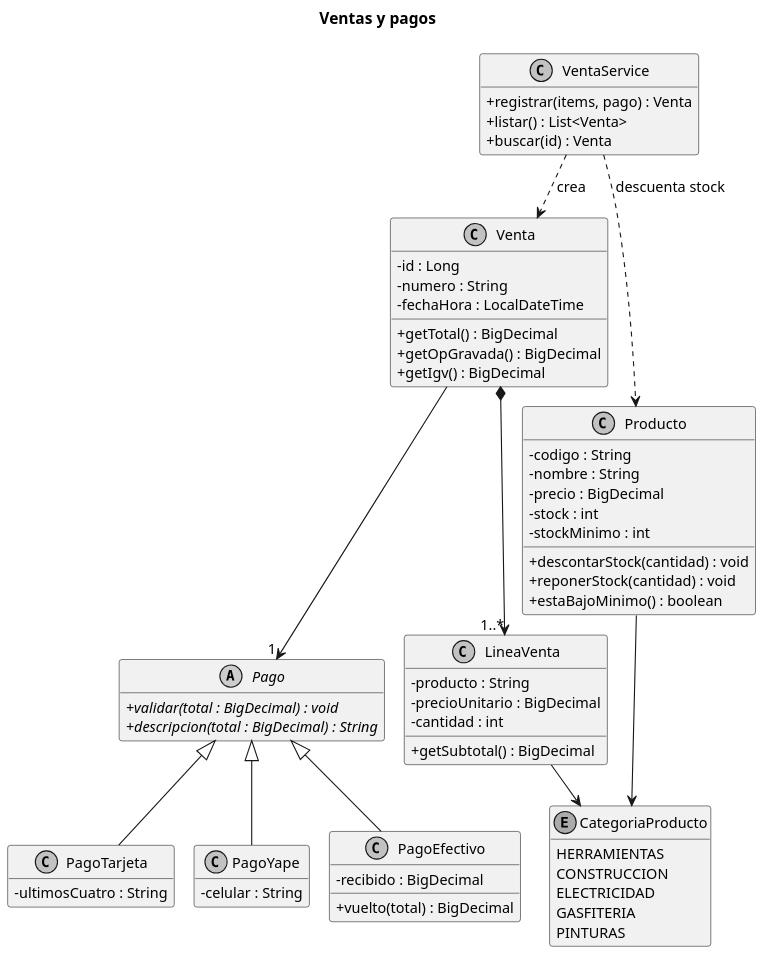
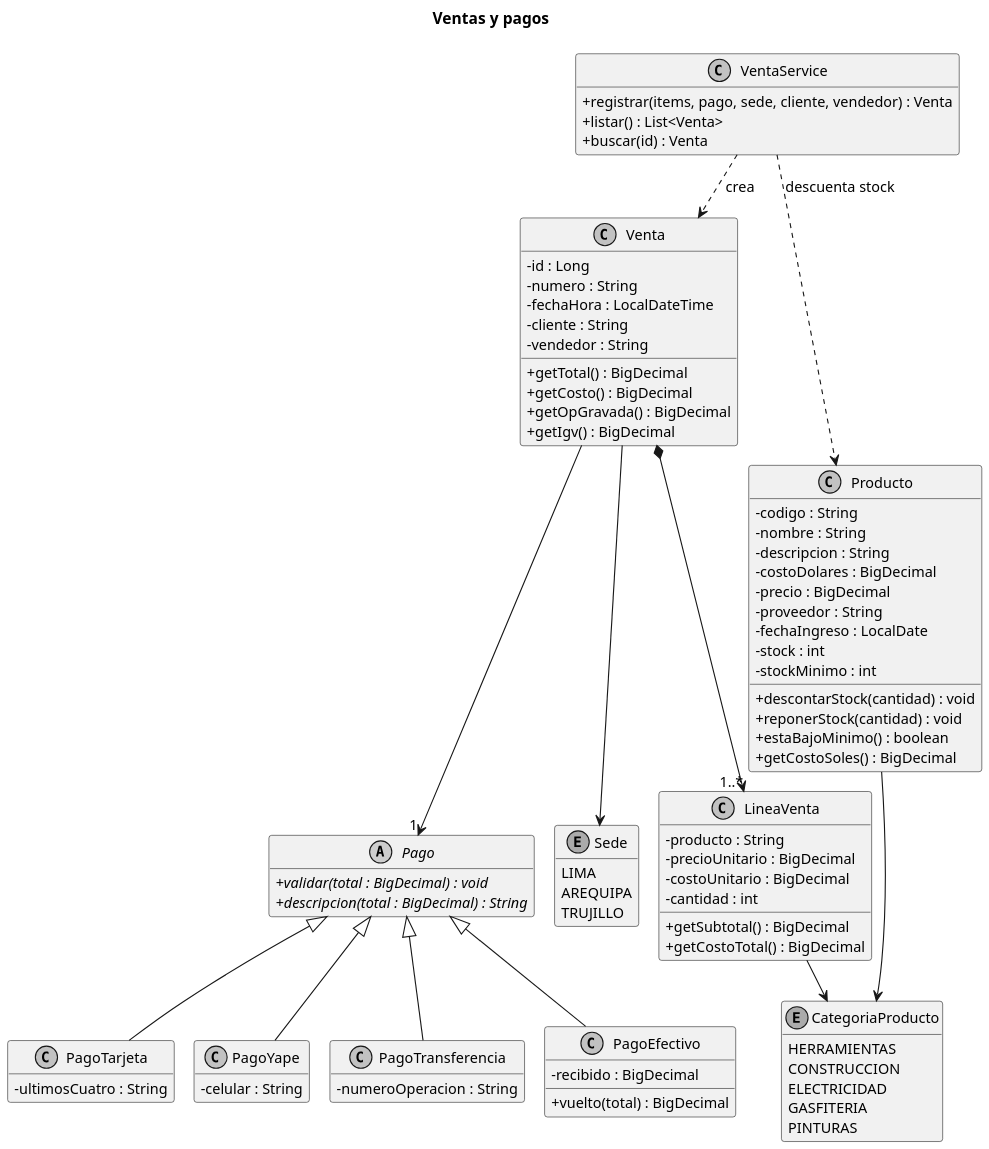
The diagram in docs/uml/8-ventas-y-pagos.puml (oropezadev-wq/ferreteria-ventas), drawn with PlantUML before and after one commit. The commit also changed 62 other files, not shown here.

First line of the commit message:
feat(ventas): agrega sedes, cliente, vendedor, transferencia y conversión de dólares a soles

```diff
--- a/docs/uml/8-ventas-y-pagos.puml
+++ b/docs/uml/8-ventas-y-pagos.puml
@@ -1,71 +1,91 @@
 @startuml
 !pragma layout smetana
 skinparam classAttributeIconSize 0
 skinparam dpi 150
 skinparam shadowing false
 skinparam monochrome true
 skinparam defaultFontName Arial
 skinparam defaultFontSize 13
 skinparam packageStyle rectangle
 hide empty members
 title Ventas y pagos
 class Venta {
   - id : Long
   - numero : String
   - fechaHora : LocalDateTime
+  - cliente : String
+  - vendedor : String
   + getTotal() : BigDecimal
+  + getCosto() : BigDecimal
   + getOpGravada() : BigDecimal
   + getIgv() : BigDecimal
 }
 class LineaVenta {
   - producto : String
   - precioUnitario : BigDecimal
+  - costoUnitario : BigDecimal
   - cantidad : int
   + getSubtotal() : BigDecimal
+  + getCostoTotal() : BigDecimal
 }
 class Producto {
   - codigo : String
   - nombre : String
+  - descripcion : String
+  - costoDolares : BigDecimal
   - precio : BigDecimal
+  - proveedor : String
+  - fechaIngreso : LocalDate
   - stock : int
   - stockMinimo : int
   + descontarStock(cantidad) : void
   + reponerStock(cantidad) : void
   + estaBajoMinimo() : boolean
+  + getCostoSoles() : BigDecimal
 }
 enum CategoriaProducto {
   HERRAMIENTAS
   CONSTRUCCION
   ELECTRICIDAD
   GASFITERIA
   PINTURAS
 }
 abstract class Pago {
   + {abstract} validar(total : BigDecimal) : void
   + {abstract} descripcion(total : BigDecimal) : String
 }
 class PagoEfectivo {
   - recibido : BigDecimal
   + vuelto(total) : BigDecimal
 }
 class PagoTarjeta {
   - ultimosCuatro : String
 }
 class PagoYape {
   - celular : String
 }
+class PagoTransferencia {
+  - numeroOperacion : String
+}
+enum Sede {
+  LIMA
+  AREQUIPA
+  TRUJILLO
+}
 class VentaService {
-  + registrar(items, pago) : Venta
+  + registrar(items, pago, sede, cliente, vendedor) : Venta
   + listar() : List<Venta>
   + buscar(id) : Venta
 }
 Venta *--> "1..*" LineaVenta
 Venta --> "1" Pago
 LineaVenta --> CategoriaProducto
 Producto --> CategoriaProducto
 Pago <|-- PagoEfectivo
 Pago <|-- PagoTarjeta
 Pago <|-- PagoYape
+Pago <|-- PagoTransferencia
+Venta --> Sede
 VentaService ..> Venta : crea
 VentaService ..> Producto : descuenta stock
 @enduml
```
